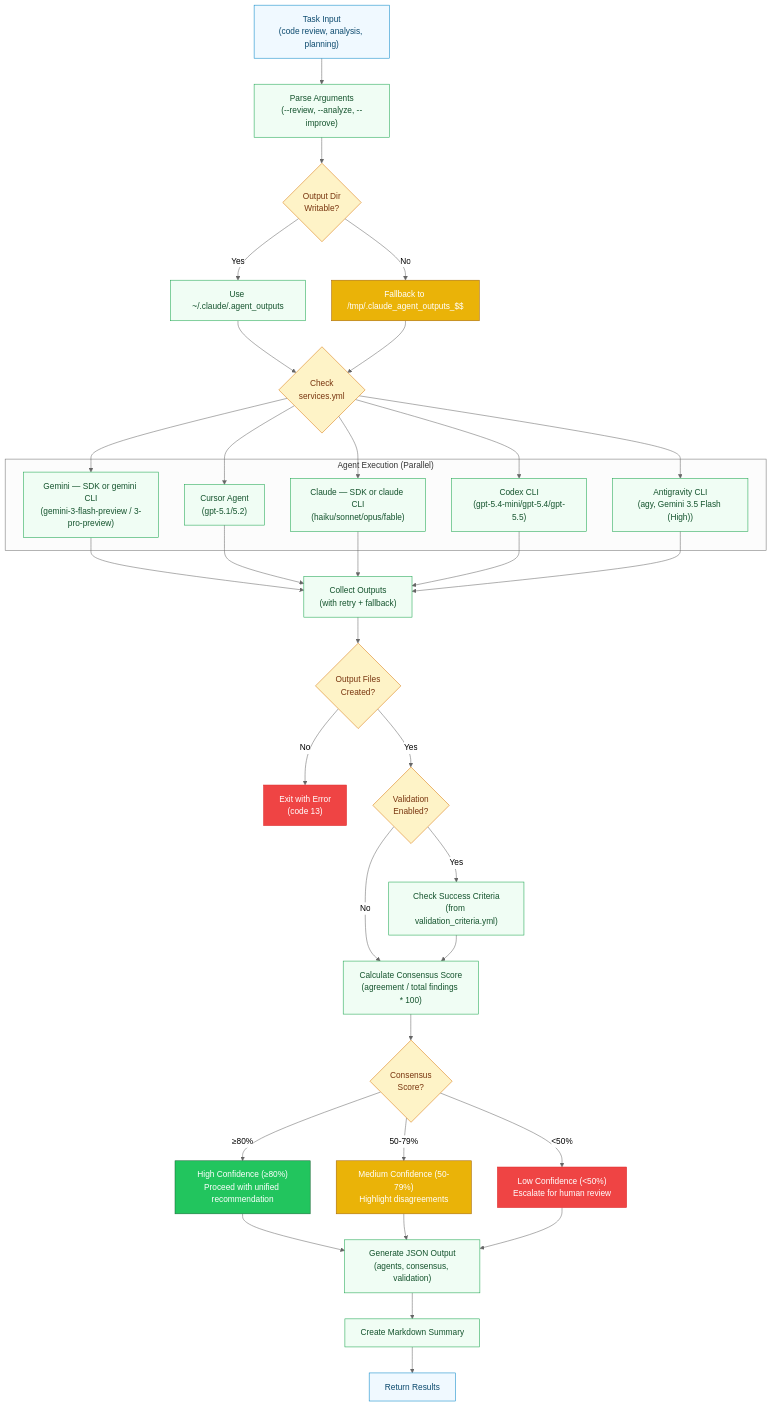
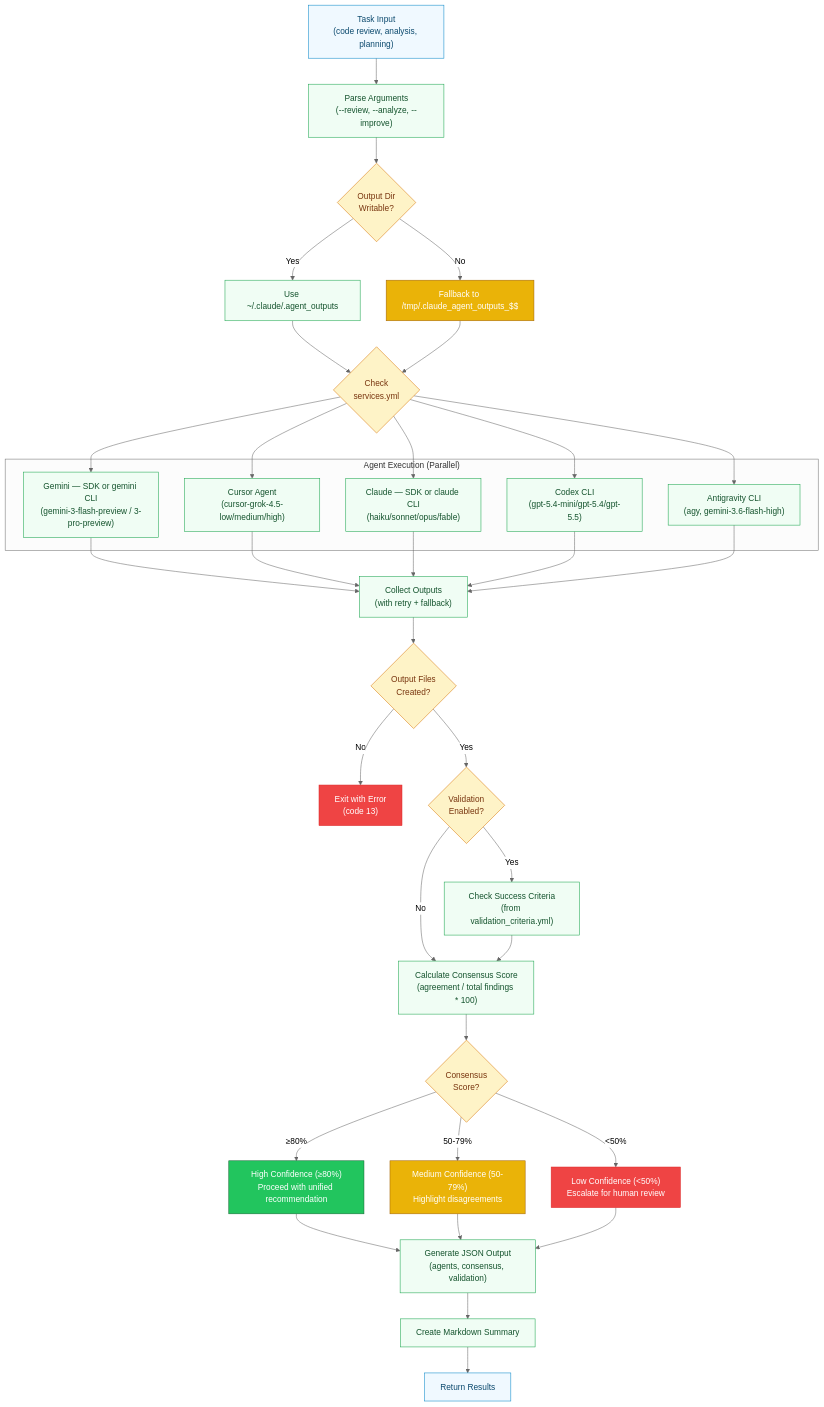
One commit to RB-chrismandich/Manifest changed the seventh of 20 diagrams in docs/ARCHITECTURE_DIAGRAMS.md. Above: the diagram before and after it, drawn with Mermaid. The commit also changed other lines of this file and 13 other files, not shown here.

```diff
--- a/docs/ARCHITECTURE_DIAGRAMS.md
+++ b/docs/ARCHITECTURE_DIAGRAMS.md
@@ -578,10 +578,10 @@
 
     subgraph "Agent Execution (Parallel)"
         GEMINI_EXEC["Gemini — SDK or gemini CLI<br/>(gemini-3-flash-preview / 3-pro-preview)"]:::process
-        CURSOR_EXEC["Cursor Agent<br/>(gpt-5.1/5.2)"]:::process
+        CURSOR_EXEC["Cursor Agent<br/>(cursor-grok-4.5-low/medium/high)"]:::process
         CLAUDE_EXEC["Claude — SDK or claude CLI<br/>(haiku/sonnet/opus/fable)"]:::process
         CODEX_EXEC["Codex CLI<br/>(gpt-5.4-mini/gpt-5.4/gpt-5.5)"]:::process
-        AGY_EXEC["Antigravity CLI<br/>(agy, Gemini 3.5 Flash (High))"]:::process
+        AGY_EXEC["Antigravity CLI<br/>(agy, gemini-3.6-flash-high)"]:::process
     end
 
     COLLECT["Collect Outputs<br/>(with retry + fallback)"]:::process
```
